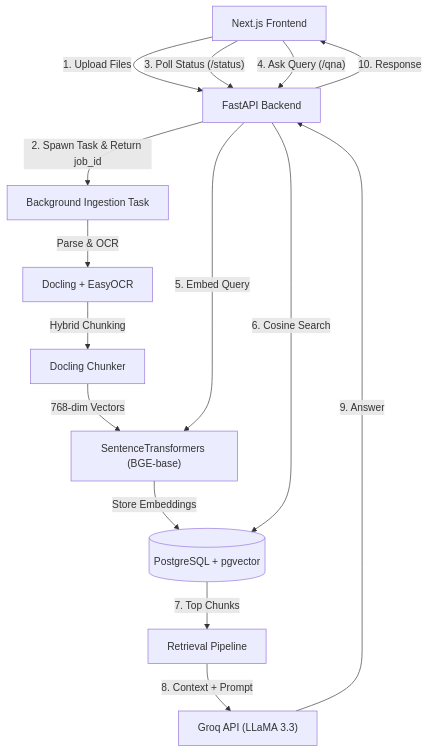
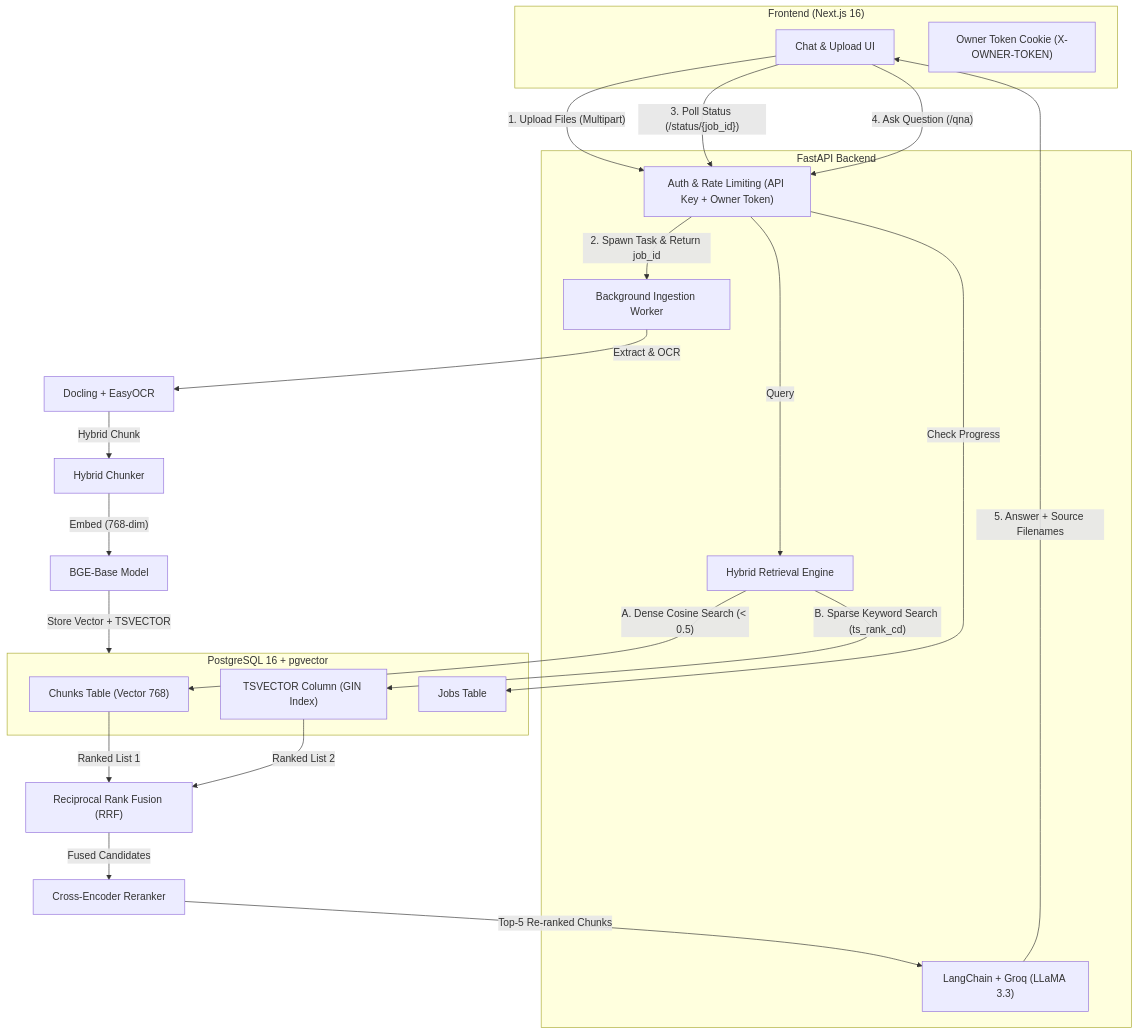
Before and after one commit to Shreyansh-kushw/Context-Engine: the first of 3 diagrams in README.md, drawn with Mermaid. The commit also changed other lines of this file, not shown here.

````diff
--- a/README.md
+++ b/README.md
@@ -163,19 +66,40 @@
 ```mermaid
 graph TD
-    Client["Next.js Frontend"] -->|"1. Upload Files"| API["FastAPI Backend"]
-    API -->|"2. Spawn Task & Return job_id"| Ingest["Background Ingestion Task"]
-    
-    Ingest -->|"Parse & OCR"| Docling["Docling + EasyOCR"]
-    Docling -->|"Hybrid Chunking"| Chunker["Docling Chunker"]
-    Chunker -->|"768-dim Vectors"| Embedder["SentenceTransformers (BGE-base)"]
-    Embedder -->|"Store Embeddings"| DB[("PostgreSQL + pgvector")]
-    
-    Client -->|"3. Poll Status (/status)"| API
-    Client -->|"4. Ask Query (/qna)"| API
-    API -->|"5. Embed Query"| Embedder
-    API -->|"6. Cosine Search"| DB
-    DB -->|"7. Top Chunks"| Retrieval["Retrieval Pipeline"]
-    Retrieval -->|"8. Context + Prompt"| Groq["Groq API (LLaMA 3.3)"]
-    Groq -->|"9. Answer"| API
-    API -->|"10. Response"| Client
+    subgraph Client ["Frontend (Next.js 16)"]
+        UI["Chat & Upload UI"]
+        Cookies["Owner Token Cookie (X-OWNER-TOKEN)"]
+    end
+
+    subgraph API ["FastAPI Backend"]
+        Auth["Auth & Rate Limiting (API Key + Owner Token)"]
+        Ingest["Background Ingestion Worker"]
+        Retrieve["Hybrid Retrieval Engine"]
+        LLM["LangChain + Groq (LLaMA 3.3)"]
+    end
+
+    subgraph Data ["PostgreSQL 16 + pgvector"]
+        VectorTable["Chunks Table (Vector 768)"]
+        FTSIndex["TSVECTOR Column (GIN Index)"]
+        JobsTable["Jobs Table"]
+    end
+
+    UI -->|"1. Upload Files (Multipart)"| Auth
+    Auth -->|"2. Spawn Task & Return job_id"| Ingest
+    Ingest -->|"Extract & OCR"| Docling["Docling + EasyOCR"]
+    Docling -->|"Hybrid Chunk"| Chunker["Hybrid Chunker"]
+    Chunker -->|"Embed (768-dim)"| BGE["BGE-Base Model"]
+    BGE -->|"Store Vector + TSVECTOR"| Data
+
+    UI -->|"3. Poll Status (/status/{job_id})"| Auth
+    Auth -->|"Check Progress"| JobsTable
+
+    UI -->|"4. Ask Question (/qna)"| Auth
+    Auth -->|"Query"| Retrieve
+    Retrieve -->|"A. Dense Cosine Search (< 0.5)"| VectorTable
+    Retrieve -->|"B. Sparse Keyword Search (ts_rank_cd)"| FTSIndex
+    VectorTable -->|"Ranked List 1"| RRF["Reciprocal Rank Fusion (RRF)"]
+    FTSIndex -->|"Ranked List 2"| RRF
+    RRF -->|"Fused Candidates"| Reranker["Cross-Encoder Reranker"]
+    Reranker -->|"Top-5 Re-ranked Chunks"| LLM
+    LLM -->|"5. Answer + Source Filenames"| UI
 ```
````
